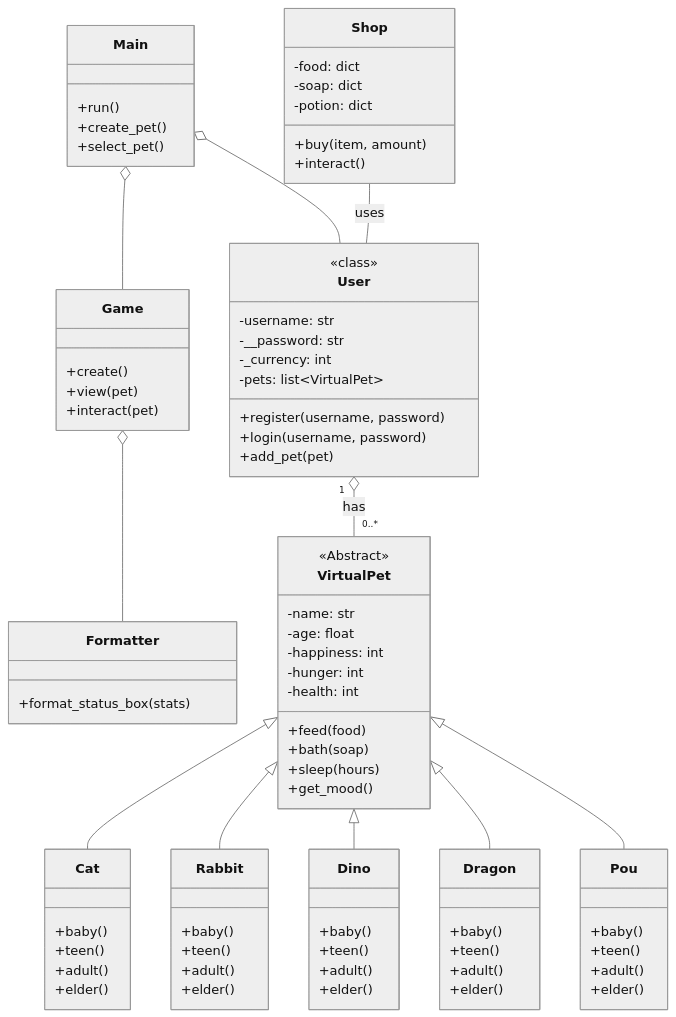
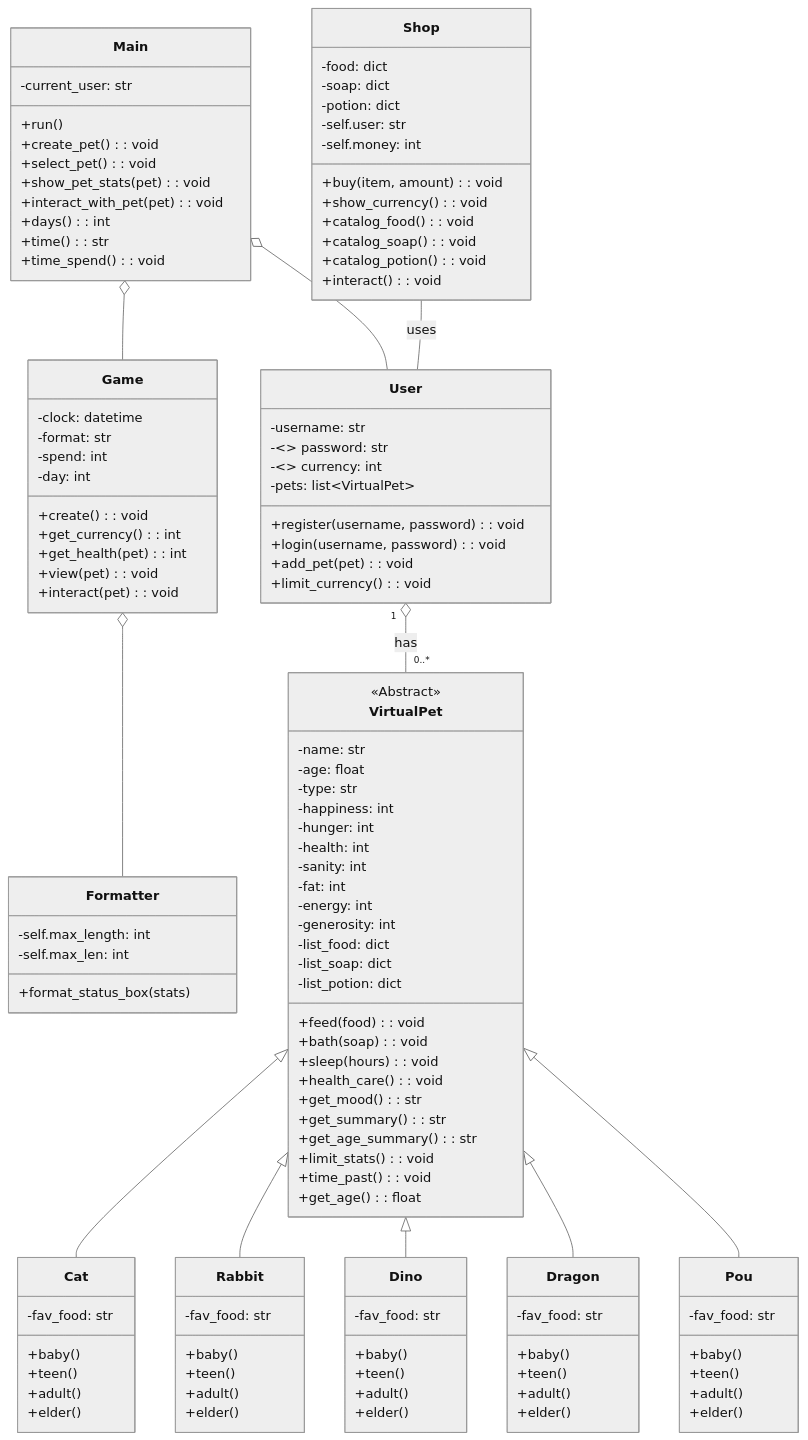
One commit to Jess2Jes/Virtual-Pet-Game changed the diagram in README.md. Above: the diagram before and after it, drawn with Mermaid (neutral theme).

```diff
--- a/README.md
+++ b/README.md
@@ -85,71 +85,110 @@
 classDiagram
     class Main {
         +run()
-        +create_pet()
-        +select_pet()
+        -current_user: str
+        +create_pet(): void
+        +select_pet(): void
+        +show_pet_stats(pet): void
+        +interact_with_pet(pet): void
+        +days(): int
+        +time(): str
+        +time_spend(): void
     }
     class User {
-        <<class>>
-        +register(username, password)
-        +login(username, password)
+        +register(username, password): void
+        +login(username, password): void
         -username: str
-        -__password: str
-        -_currency: int
+        -<<property>> password: str
+        -<<property>> currency: int
         -pets: list~VirtualPet~
-        +add_pet(pet)
+        +add_pet(pet): void
+        +limit_currency(): void
     }
     class Game {
-        +create()
-        +view(pet)
-        +interact(pet)
+        -clock: datetime
+        -format: str
+        -spend: int
+        -day: int
+        +create(): void
+        +get_currency(): int
+        +get_health(pet): int
+        +view(pet): void
+        +interact(pet): void
     }
     class Shop {
         -food: dict
         -soap: dict
         -potion: dict
-        +buy(item, amount)
-        +interact()
+        -self.user: str
+        -self.money: int
+        +buy(item, amount): void
+        +show_currency(): void
+        +catalog_food(): void
+        +catalog_soap(): void
+        +catalog_potion(): void
+        +interact(): void
     }
     class Formatter {
+        -self.max_length: int
+        -self.max_len: int
         +format_status_box(stats)
     }
     class VirtualPet {
         <<Abstract>>
         -name: str
         -age: float
+        -type: str
         -happiness: int
         -hunger: int
         -health: int
-        +feed(food)
-        +bath(soap)
-        +sleep(hours)
-        +get_mood()
+        -sanity: int
+        -fat: int
+        -energy: int
+        -generosity: int
+        -list_food: dict
+        -list_soap: dict
+        -list_potion: dict
+        +feed(food): void
+        +bath(soap): void
+        +sleep(hours): void
+        +health_care(): void
+        +get_mood(): str
+        +get_summary(): str
+        +get_age_summary(): str
+        +limit_stats(): void
+        +time_past(): void
+        +get_age(): float
     }
     class Cat {
+        -fav_food: str
         +baby()
         +teen()
         +adult()
         +elder()
     }
     class Rabbit {
+        -fav_food: str
         +baby()
         +teen()
         +adult()
         +elder()
     }
     class Dino {
+        -fav_food: str
         +baby()
         +teen()
         +adult()
         +elder()
     }
     class Dragon {
+        -fav_food: str
         +baby()
         +teen()
         +adult()
         +elder()
     }
     class Pou {
+        -fav_food: str
         +baby()
         +teen()
         +adult()
```
